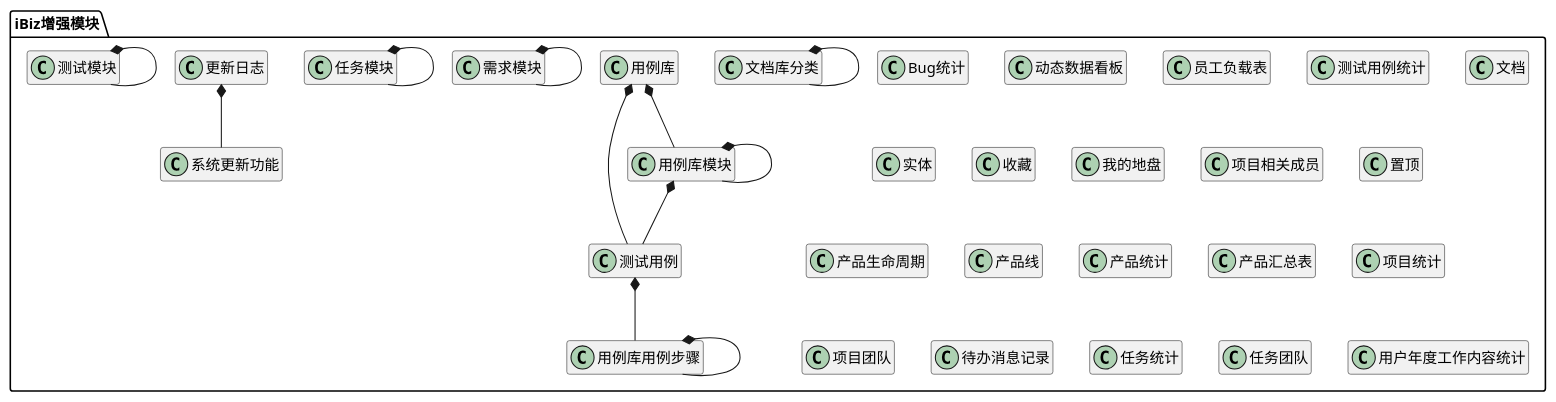
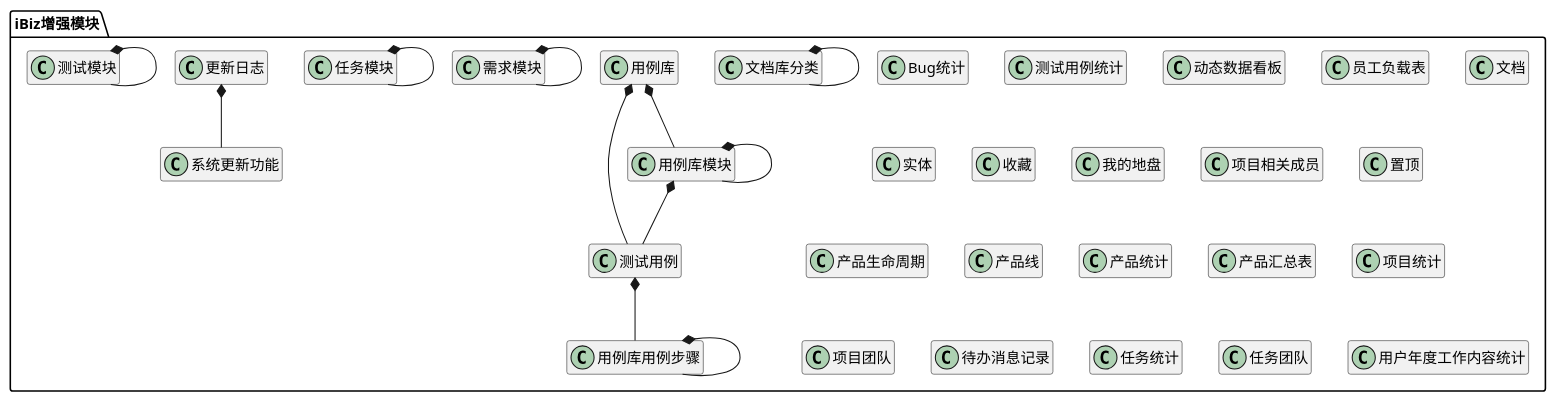
Before and after one commit to zj335841911/nt_chandao: the diagram in ibizpms-docs/src/main/doc/v1/module/ibiz.md, drawn with PlantUML. The commit also changed other lines of this file and 56 other files, not shown here.

```diff
--- a/ibizpms-docs/src/main/doc/v1/module/ibiz.md
+++ b/ibizpms-docs/src/main/doc/v1/module/ibiz.md
@@ -8,6 +8,9 @@
 package iBiz增强模块 {
 
 class Bug统计 {
+}
+
+class 测试用例统计 {
 }
 
 class 文档库分类 {
@@ -17,9 +20,6 @@
 }
 
 class 员工负载表 {
-}
-
-class 测试用例统计 {
 }
 
 class 文档 {
```
